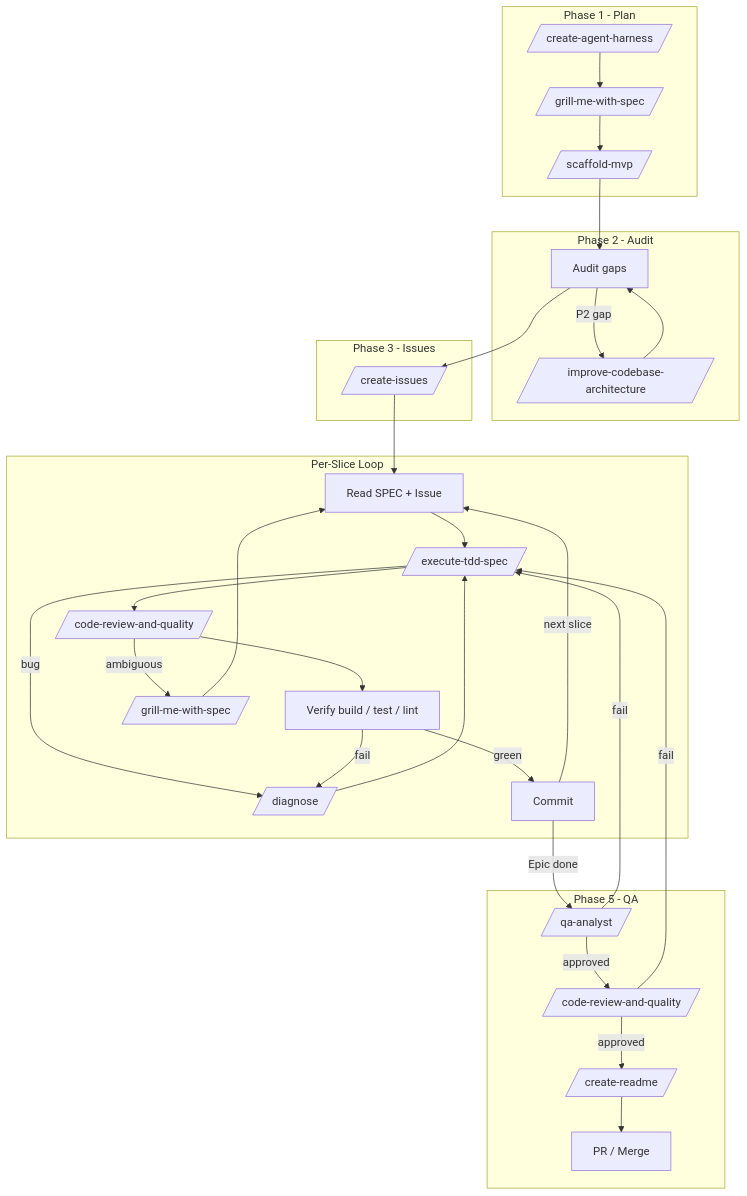
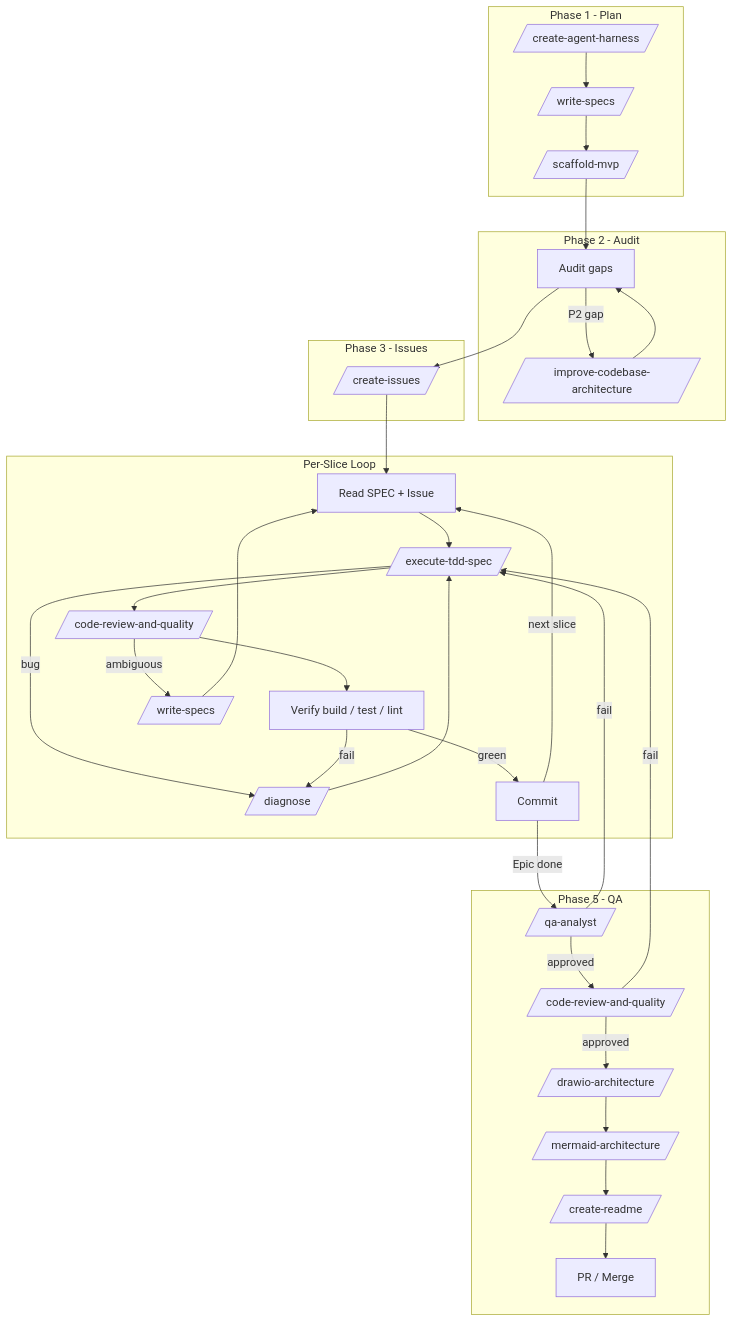
Before and after one commit to afonsoft/skills: the diagram in skills/orchestrator/SKILL.md, drawn with Mermaid. The commit also changed other lines of this file and 54 other files, not shown here.

First line of the commit message:
feat(skills): rename grill-me-with-spec to write-specs and add mermaid-architecture skill

````diff
--- a/skills/orchestrator/SKILL.md
+++ b/skills/orchestrator/SKILL.md
@@ -206,58 +206,62 @@
 ```mermaid
 flowchart TB
     subgraph Phase1["Phase 1 - Plan"]
         P1_H[/create-agent-harness/]
-        P1_S[/grill-me-with-spec/]
+        P1_S[/write-specs/]
         P1_M[/scaffold-mvp/]
     end
 
     subgraph Phase2["Phase 2 - Audit"]
         P2_A["Audit gaps"]
         P2_F[/improve-codebase-architecture/]
     end
 
     subgraph Phase3["Phase 3 - Issues"]
         P3_I[/create-issues/]
     end
 
     subgraph Slice["Per-Slice Loop"]
         S_R["Read SPEC + Issue"]
         S_T[/execute-tdd-spec/]
         S_C[/code-review-and-quality/]
         S_D[/diagnose/]
         S_V["Verify build / test / lint"]
-        S_G[/grill-me-with-spec/]
+        S_G[/write-specs/]
         S_CM["Commit"]
     end
 
     subgraph Gate["Phase 5 - QA"]
         G_Q[/qa-analyst/]
         G_R[/code-review-and-quality/]
+        G_D[/drawio-architecture/]
+        G_MA[/mermaid-architecture/]
         G_M[/create-readme/]
         G_P["PR / Merge"]
     end
 
     P1_H --> P1_S
     P1_S --> P1_M
     P1_M --> P2_A
     P2_A -->|P2 gap| P2_F
     P2_F --> P2_A
     P2_A --> P3_I
     P3_I --> S_R
     S_R --> S_T
     S_T --> S_C
     S_C --> S_V
     S_V -->|green| S_CM
     S_T -->|bug| S_D
     S_D --> S_T
     S_C -->|ambiguous| S_G
     S_G --> S_R
     S_V -->|fail| S_D
     S_CM -->|next slice| S_R
     S_CM -->|Epic done| G_Q
     G_Q -->|approved| G_R
     G_Q -->|fail| S_T
-    G_R -->|approved| G_M
+    G_R -->|approved| G_D
+    G_D --> G_MA
+    G_MA --> G_M
     G_R -->|fail| S_T
     G_M --> G_P
 ```
````
